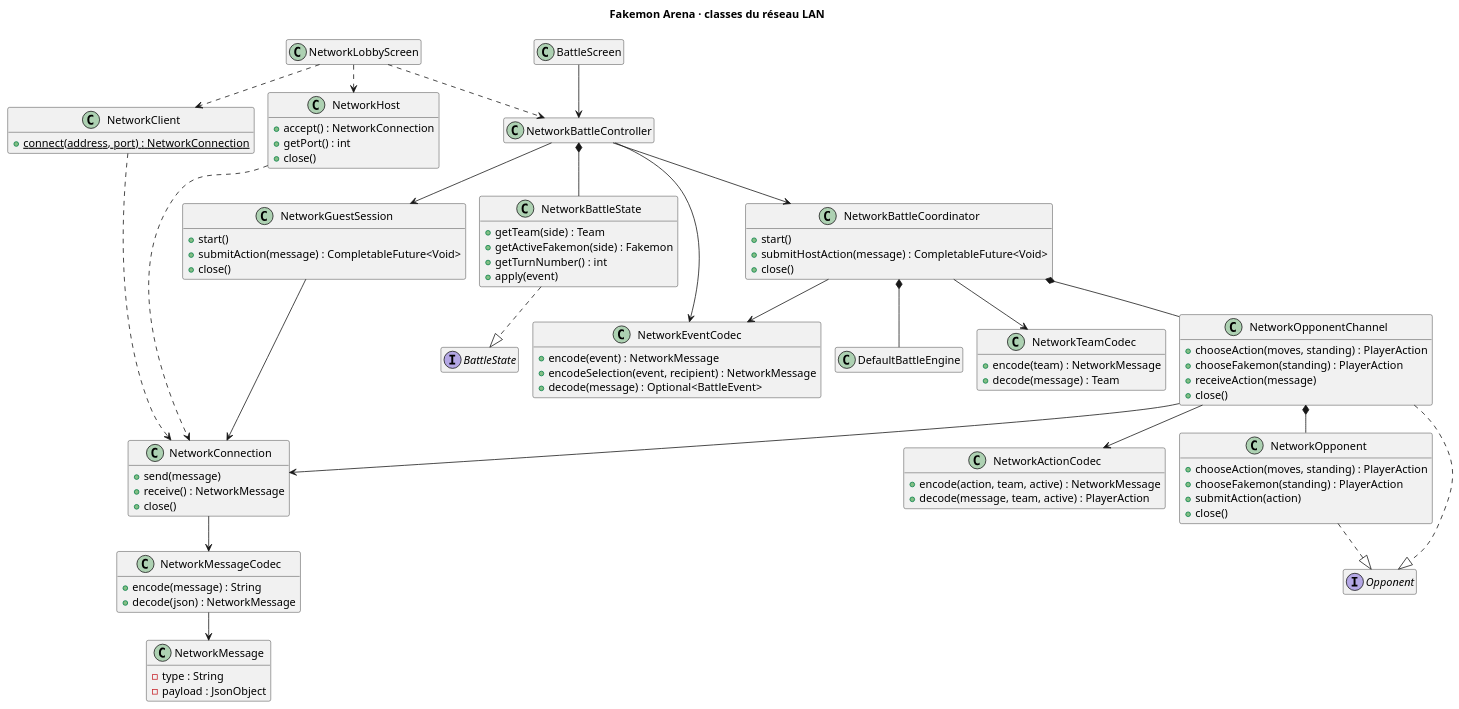
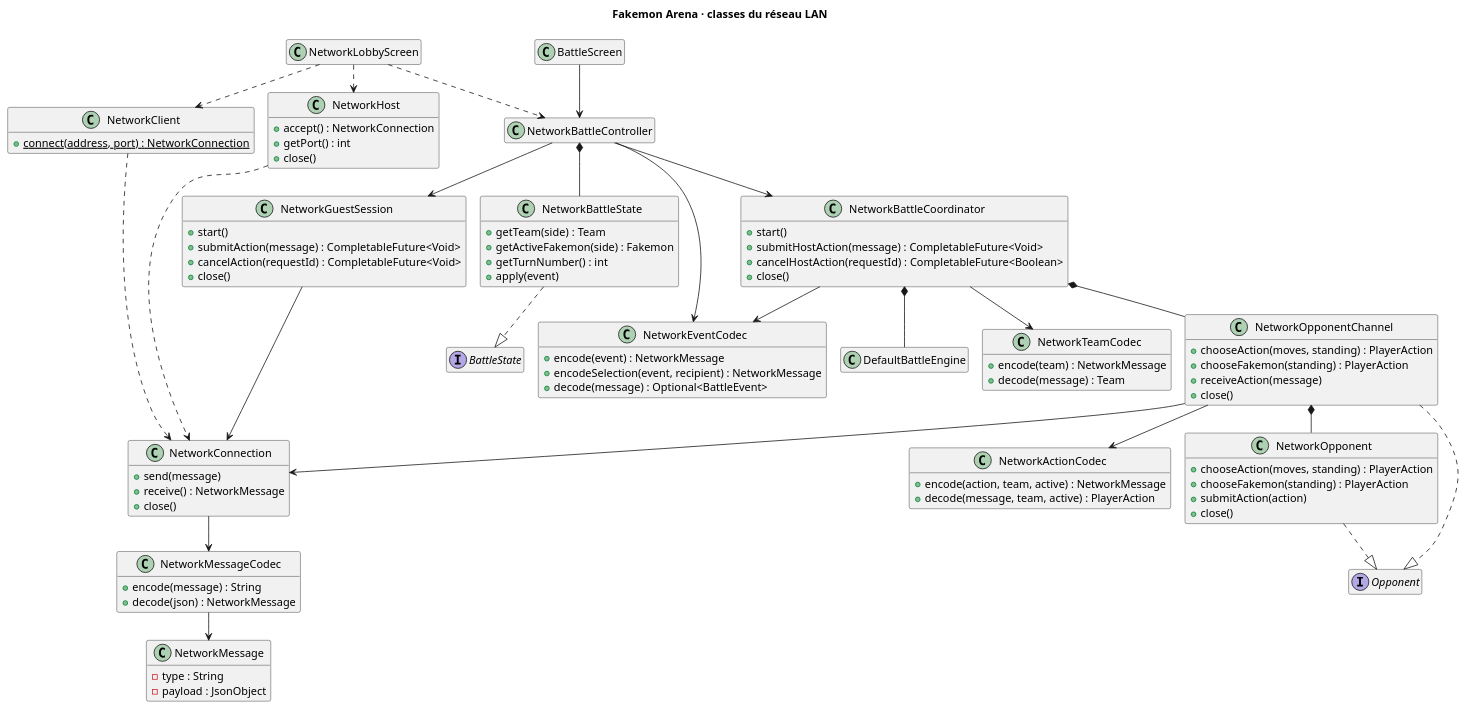
The diagram in docs/uml/classes-reseau.puml (OnerAliCan/fakemon-arena), drawn with PlantUML before and after one commit. The commit also changed 14 other files, not shown here.

```diff
--- a/docs/uml/classes-reseau.puml
+++ b/docs/uml/classes-reseau.puml
@@ -1,99 +1,101 @@
 @startuml classes-reseau
 !pragma layout smetana
 skinparam dpi 110
 skinparam shadowing false
 skinparam defaultFontName "Segoe UI"
 hide empty members
 title Fakemon Arena · classes du réseau LAN
 interface Opponent
 interface BattleState
 class NetworkMessage {
   - type : String
   - payload : JsonObject
 }
 class NetworkMessageCodec {
   + encode(message) : String
   + decode(json) : NetworkMessage
 }
 class NetworkActionCodec {
   + encode(action, team, active) : NetworkMessage
   + decode(message, team, active) : PlayerAction
 }
 class NetworkEventCodec {
   + encode(event) : NetworkMessage
   + encodeSelection(event, recipient) : NetworkMessage
   + decode(message) : Optional<BattleEvent>
 }
 class NetworkTeamCodec {
   + encode(team) : NetworkMessage
   + decode(message) : Team
 }
 class NetworkConnection {
   + send(message)
   + receive() : NetworkMessage
   + close()
 }
 class NetworkHost {
   + accept() : NetworkConnection
   + getPort() : int
   + close()
 }
 class NetworkClient {
   + {static} connect(address, port) : NetworkConnection
 }
 class NetworkOpponent {
   + chooseAction(moves, standing) : PlayerAction
   + chooseFakemon(standing) : PlayerAction
   + submitAction(action)
   + close()
 }
 class NetworkOpponentChannel {
   + chooseAction(moves, standing) : PlayerAction
   + chooseFakemon(standing) : PlayerAction
   + receiveAction(message)
   + close()
 }
 class NetworkBattleCoordinator {
   + start()
   + submitHostAction(message) : CompletableFuture<Void>
+  + cancelHostAction(requestId) : CompletableFuture<Boolean>
   + close()
 }
 class NetworkGuestSession {
   + start()
   + submitAction(message) : CompletableFuture<Void>
+  + cancelAction(requestId) : CompletableFuture<Void>
   + close()
 }
 class NetworkBattleState {
   + getTeam(side) : Team
   + getActiveFakemon(side) : Fakemon
   + getTurnNumber() : int
   + apply(event)
 }
 class NetworkBattleController
 class NetworkLobbyScreen
 class BattleScreen
 class DefaultBattleEngine
 NetworkConnection --> NetworkMessageCodec
 NetworkMessageCodec --> NetworkMessage
 NetworkHost ..> NetworkConnection
 NetworkClient ..> NetworkConnection
 NetworkOpponent ..|> Opponent
 NetworkOpponentChannel ..|> Opponent
 NetworkBattleState ..|> BattleState
 NetworkOpponentChannel *-- NetworkOpponent
 NetworkOpponentChannel --> NetworkActionCodec
 NetworkOpponentChannel --> NetworkConnection
 NetworkBattleCoordinator *-- DefaultBattleEngine
 NetworkBattleCoordinator *-- NetworkOpponentChannel
 NetworkBattleCoordinator --> NetworkEventCodec
 NetworkBattleCoordinator --> NetworkTeamCodec
 NetworkGuestSession --> NetworkConnection
 NetworkBattleController --> NetworkBattleCoordinator
 NetworkBattleController --> NetworkGuestSession
 NetworkBattleController *-- NetworkBattleState
 NetworkBattleController --> NetworkEventCodec
 BattleScreen --> NetworkBattleController
 NetworkLobbyScreen ..> NetworkHost
 NetworkLobbyScreen ..> NetworkClient
 NetworkLobbyScreen ..> NetworkBattleController
 @enduml
```
